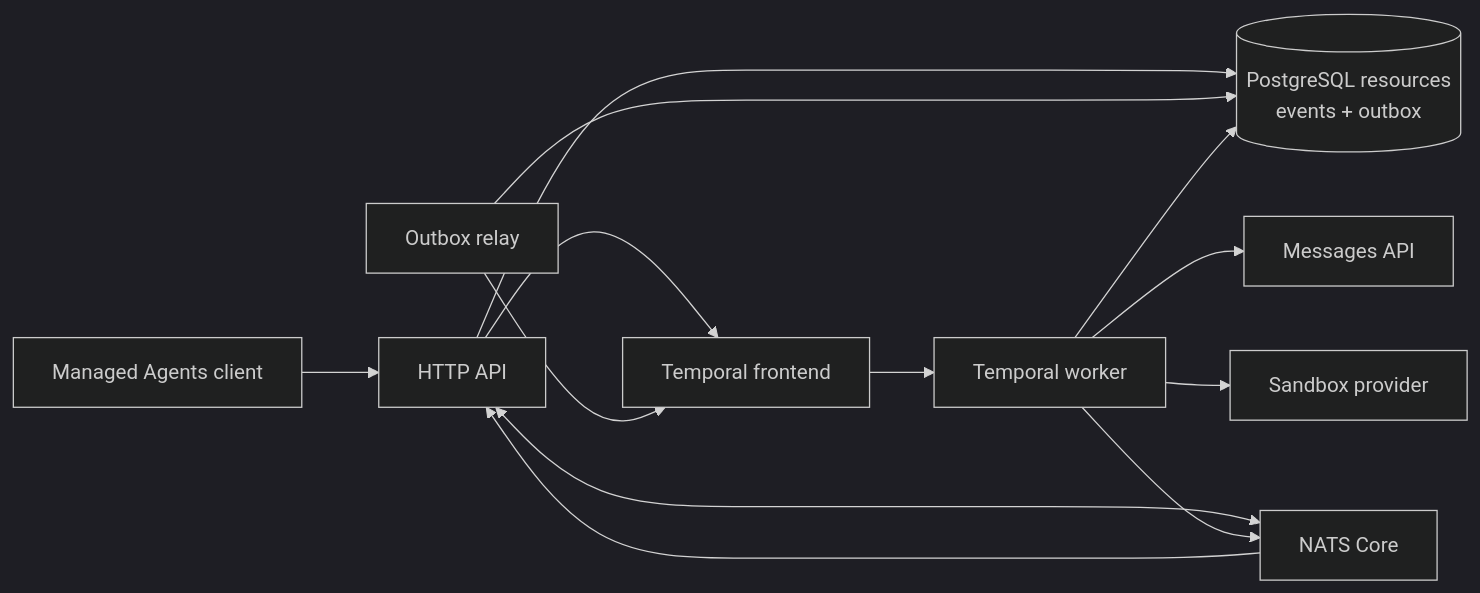
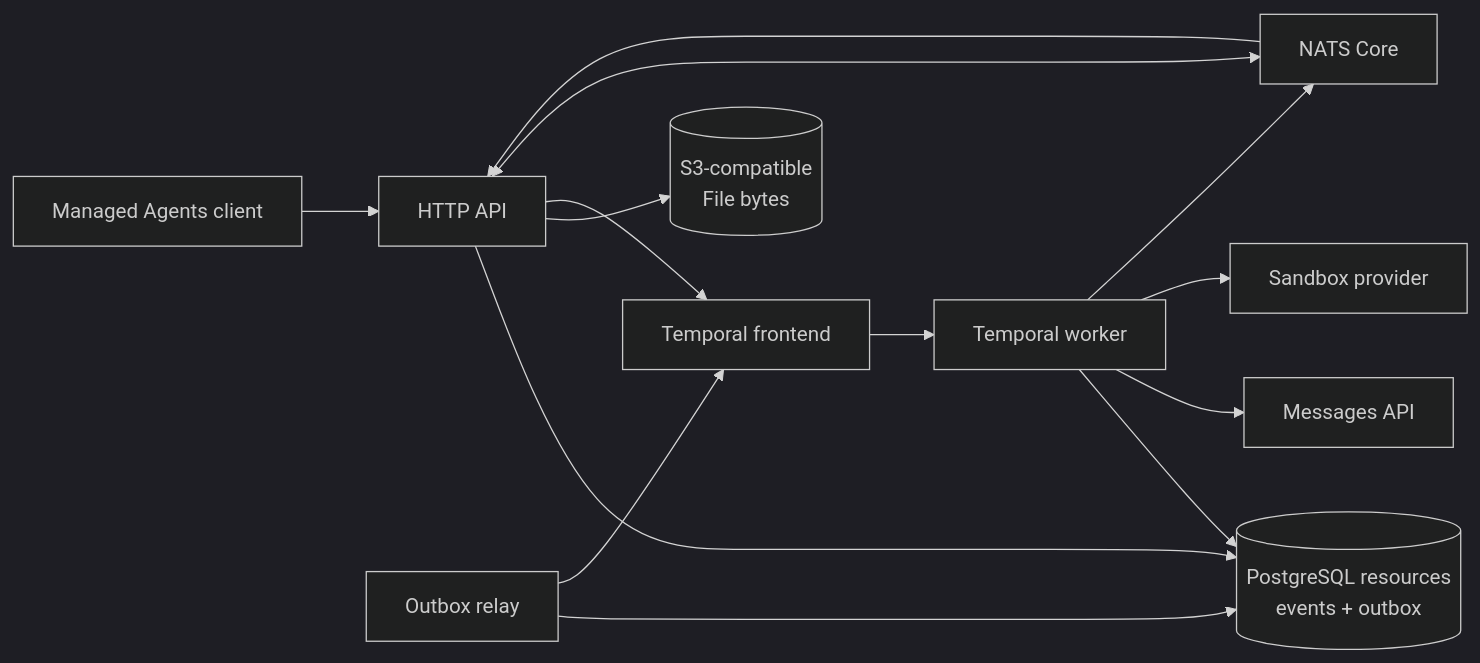
The diagram in docs/architecture.md (yanpgwang/managed-agent-go), drawn with Mermaid (dark theme) before and after one commit. The commit also changed other lines of this file and 38 other files, not shown here.

````diff
--- a/docs/architecture.md
+++ b/docs/architecture.md
@@ -18,15 +19,16 @@
 ```mermaid
 flowchart LR
   Client["Managed Agents client"] --> API["HTTP API"]
   API --> PG[("PostgreSQL resources<br/>events + outbox")]
+  API --> Objects[("S3-compatible<br/>File bytes")]
   API --> Temporal["Temporal frontend"]
   API <--> NATS["NATS Core"]
   Relay["Outbox relay"] --> PG
   Relay --> Temporal
   Temporal --> Worker["Temporal worker"]
   Worker --> PG
   Worker --> Model["Messages API"]
   Worker --> Sandbox["Sandbox provider"]
   Worker --> NATS
   NATS --> API
 ```
````
